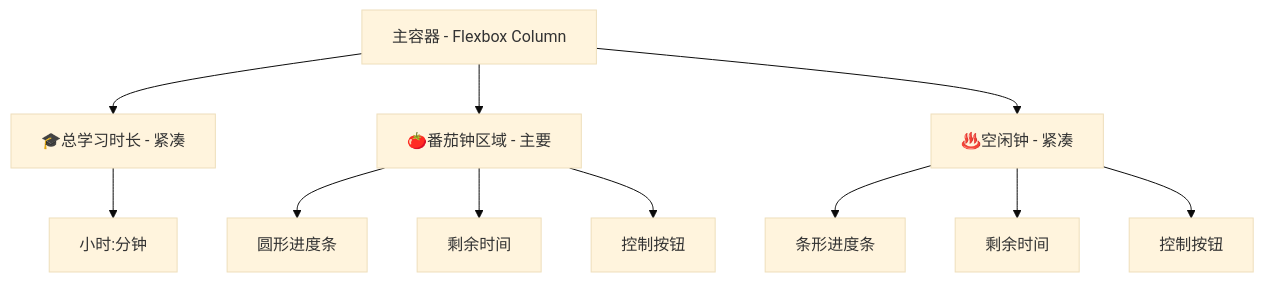
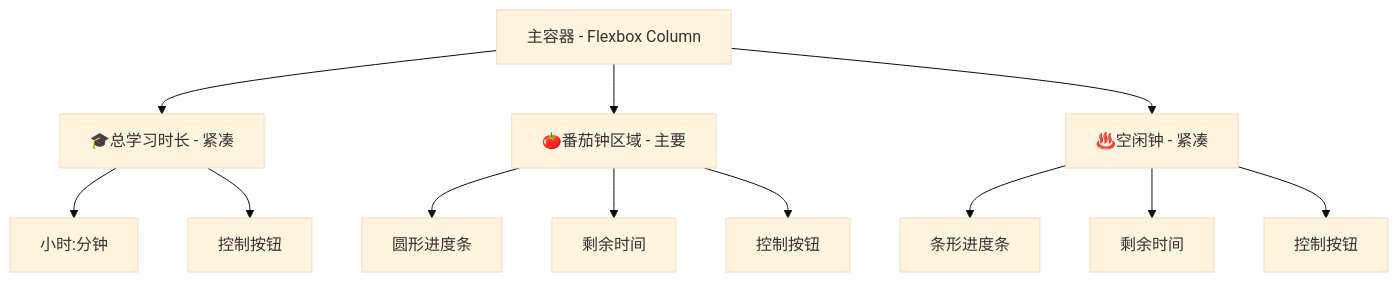
The third of 3 diagrams in docs/design.md (PJ-568/time-of-studying), drawn with Mermaid (base theme) before and after one commit. The commit also changed other lines of this file and 1 other file, not shown here.

````diff
--- a/docs/design.md
+++ b/docs/design.md
@@ -103,16 +113,17 @@
 ```mermaid
 graph TD
     A[主容器 - Flexbox Column] --> B[🎓总学习时长 - 紧凑];
     A --> C[🍅番茄钟区域 - 主要];
     A --> D[♨️空闲钟 - 紧凑];
 
     B --> B1["小时:分钟"];
+    B --> B2[控制按钮];
 
     C --> C1[圆形进度条];
     C --> C2[剩余时间];
     C --> C3[控制按钮];
 
     D --> D1[条形进度条];
     D --> D2[剩余时间];
     D --> D3[控制按钮];
 ```
````
